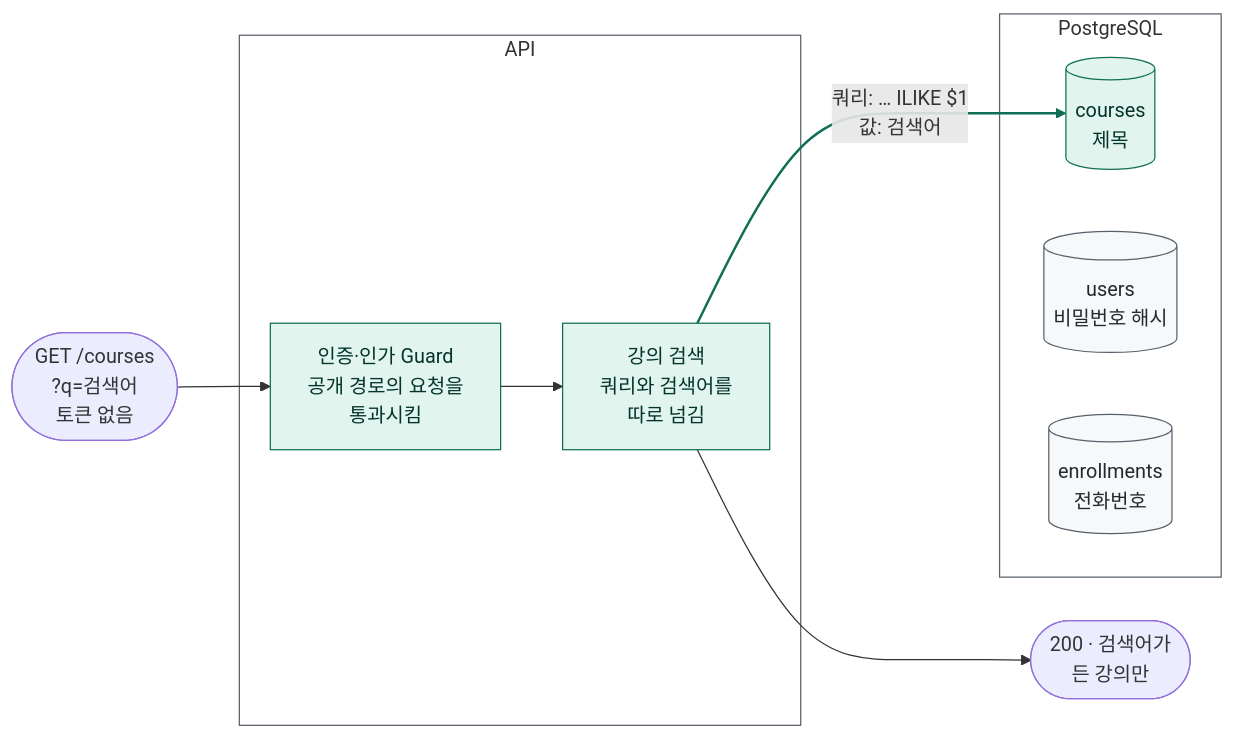
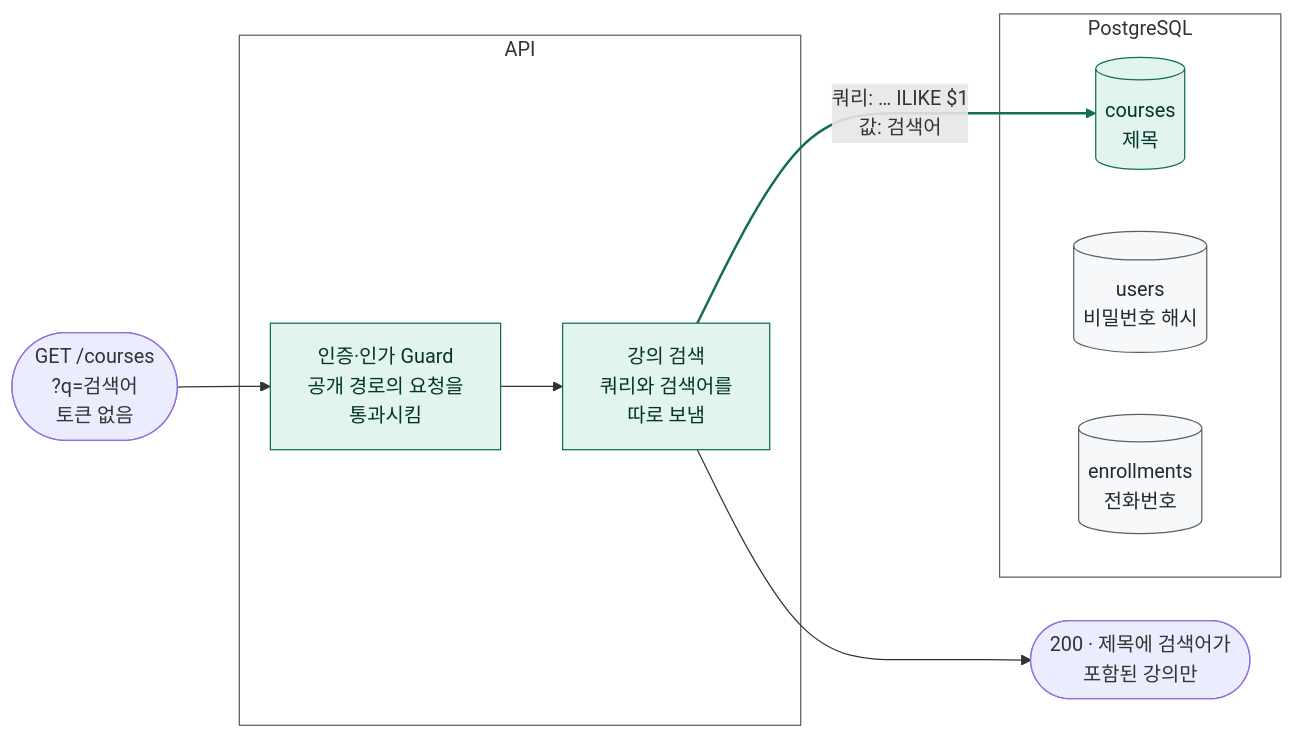
The fifth of 5 diagrams in docs/diagnosis/defect-6.md (loquemedalagana/secure-enroll-demo), drawn with Mermaid before and after one commit. The commit also changed other lines of this file, not shown here.

````diff
--- a/docs/diagnosis/defect-6.md
+++ b/docs/diagnosis/defect-6.md
@@ -467,27 +467,27 @@
 ```mermaid
 flowchart LR
   req(["GET /courses<br/>?q=검색어<br/>토큰 없음"])
 
   subgraph api["API"]
     g["인증·인가 Guard<br/>공개 경로의 요청을<br/>통과시킴"]
-    s["강의 검색<br/>쿼리와 검색어를<br/>따로 넘김"]
+    s["강의 검색<br/>쿼리와 검색어를<br/>따로 보냄"]
   end
 
   subgraph db["PostgreSQL"]
     c[("courses<br/>제목")]
     u[("users<br/>비밀번호 해시")]
     e[("enrollments<br/>전화번호")]
   end
 
   req --> g --> s
   s -- "쿼리: … ILIKE $1<br/>값: 검색어" --> c
-  s --> res(["200 · 검색어가<br/>든 강의만"])
+  s --> res(["200 · 제목에 검색어가<br/>포함된 강의만"])
 
   classDef safe fill:#E1F5EE,stroke:#0F6E56,color:#04342C
   classDef neutral fill:#f6f8fa,stroke:#57606a,color:#24292f
   class g,s,c safe
   class u,e neutral
   style api fill:none,stroke:#57606a
   style db fill:none,stroke:#57606a
   linkStyle 2 stroke:#0F6E56,stroke-width:2px
 ```
````
